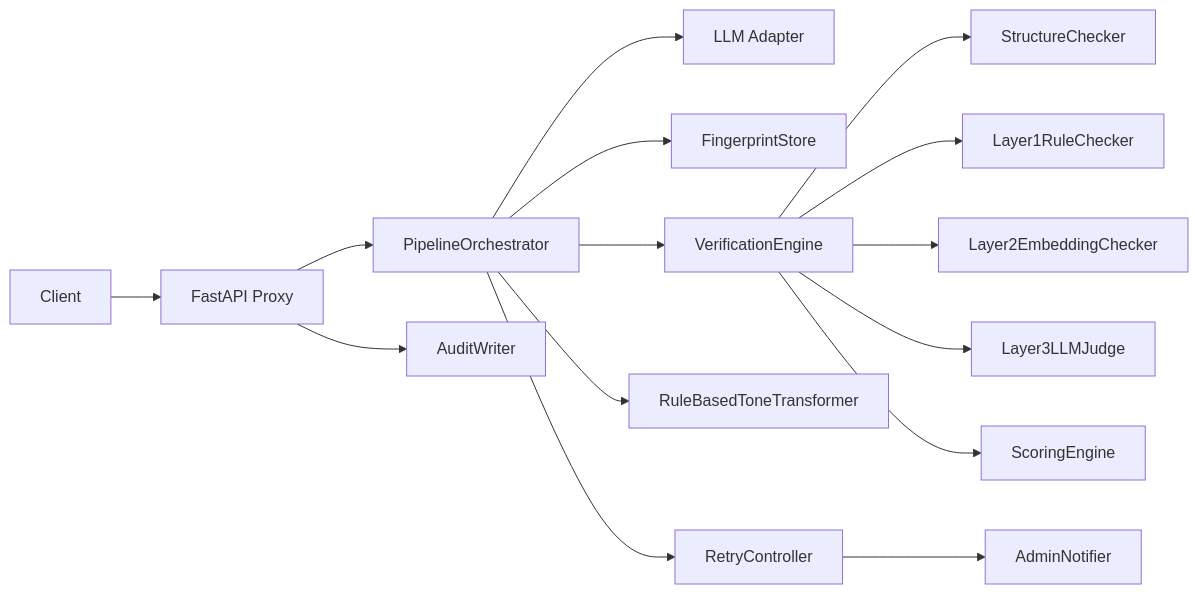
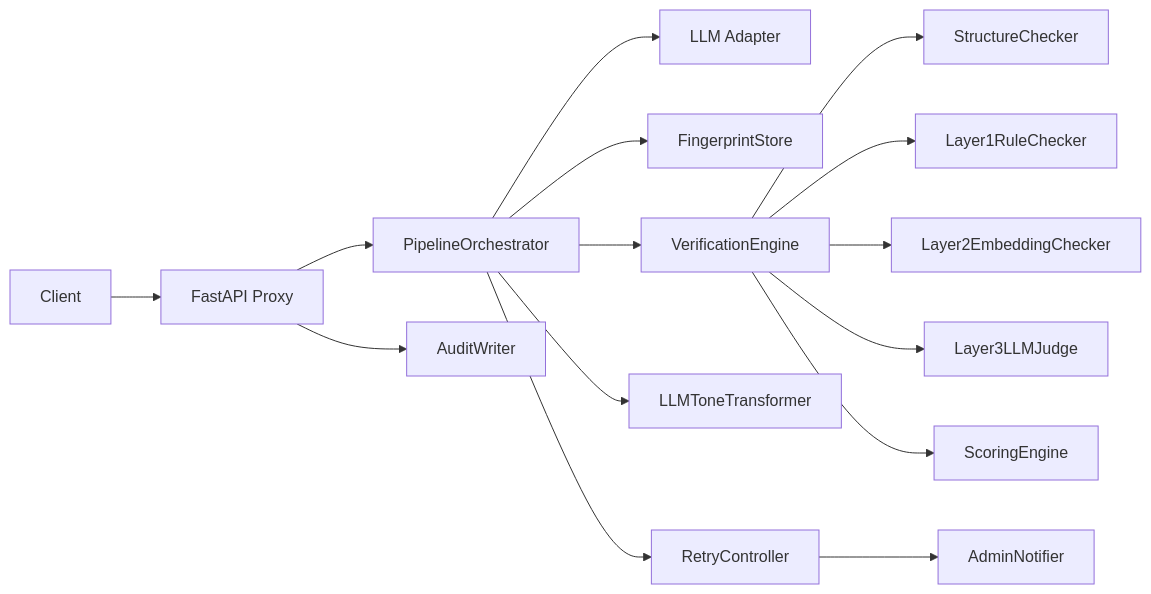
The diagram in Docs/01-system-overview.md (max-dingsda/MDAL), drawn with Mermaid before and after one commit. The commit also changed other lines of this file and 2 other files, not shown here.

````diff
--- a/Docs/01-system-overview.md
+++ b/Docs/01-system-overview.md
@@ -47,19 +47,19 @@
 ```mermaid
 flowchart LR
     C[Client] --> P[FastAPI Proxy]
     P --> O[PipelineOrchestrator]
     O --> L[LLM Adapter]
     O --> F[FingerprintStore]
     O --> V[VerificationEngine]
-    O --> T[RuleBasedToneTransformer]
+    O --> T[LLMToneTransformer]
     O --> R[RetryController]
 
     V --> ST[StructureChecker]
     V --> S1[Layer1RuleChecker]
     V --> S2[Layer2EmbeddingChecker]
     V --> S3[Layer3LLMJudge]
     V --> SC[ScoringEngine]
 
     R --> N[AdminNotifier]
     P --> A[AuditWriter]
 ```
````
